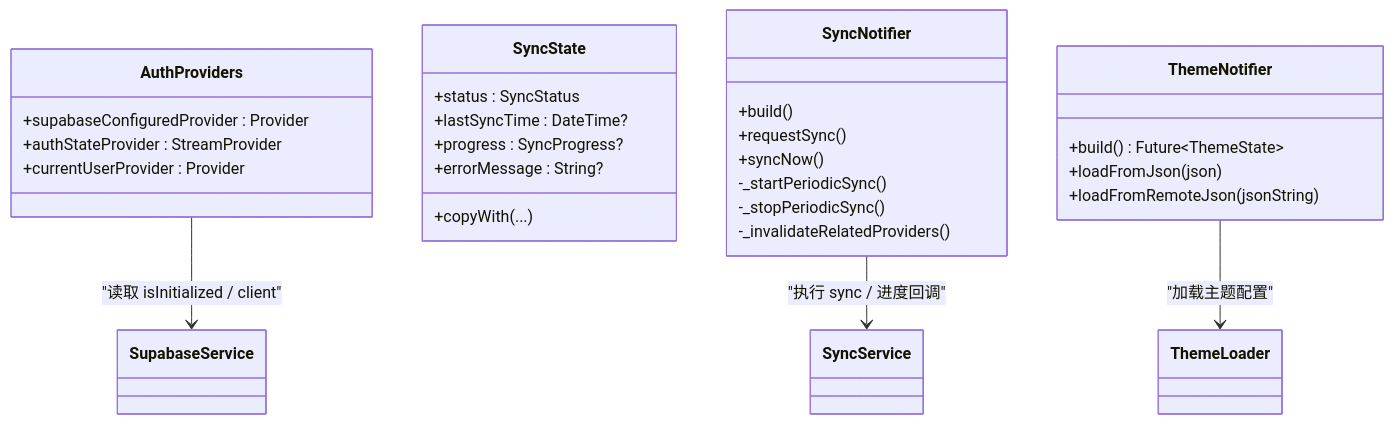
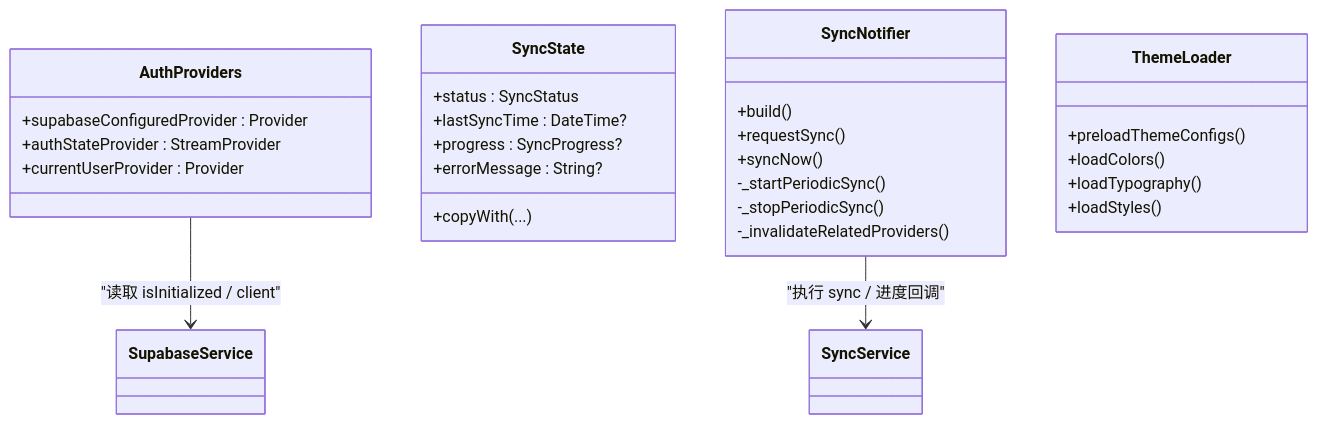
The third of 6 diagrams in .qoder/repowiki/zh/content/扩展开发/插件系统架构.md (ZTfer/Tinycast), drawn with Mermaid before and after one commit. The commit also changed other lines of this file and 34 other files, not shown here.

````diff
--- a/.qoder/repowiki/zh/content/扩展开发/插件系统架构.md
+++ b/.qoder/repowiki/zh/content/扩展开发/插件系统架构.md
@@ -145,31 +145,31 @@
 ```mermaid
 classDiagram
 class AuthProviders {
 +supabaseConfiguredProvider : Provider<bool>
 +authStateProvider : StreamProvider<User?>
 +currentUserProvider : Provider<User?>
 }
 class SyncState {
 +status : SyncStatus
 +lastSyncTime : DateTime?
 +progress : SyncProgress?
 +errorMessage : String?
 +copyWith(...)
 }
 class SyncNotifier {
 +build()
 +requestSync()
 +syncNow()
 -_startPeriodicSync()
 -_stopPeriodicSync()
 -_invalidateRelatedProviders()
 }
-class ThemeNotifier {
-+build() Future~ThemeState~
-+loadFromJson(json)
-+loadFromRemoteJson(jsonString)
+class ThemeLoader {
++preloadThemeConfigs()
++loadColors()
++loadTypography()
++loadStyles()
 }
 AuthProviders --> SupabaseService : "读取 isInitialized / client"
 SyncNotifier --> SyncService : "执行 sync / 进度回调"
-ThemeNotifier --> ThemeLoader : "加载主题配置"
 ```
````
